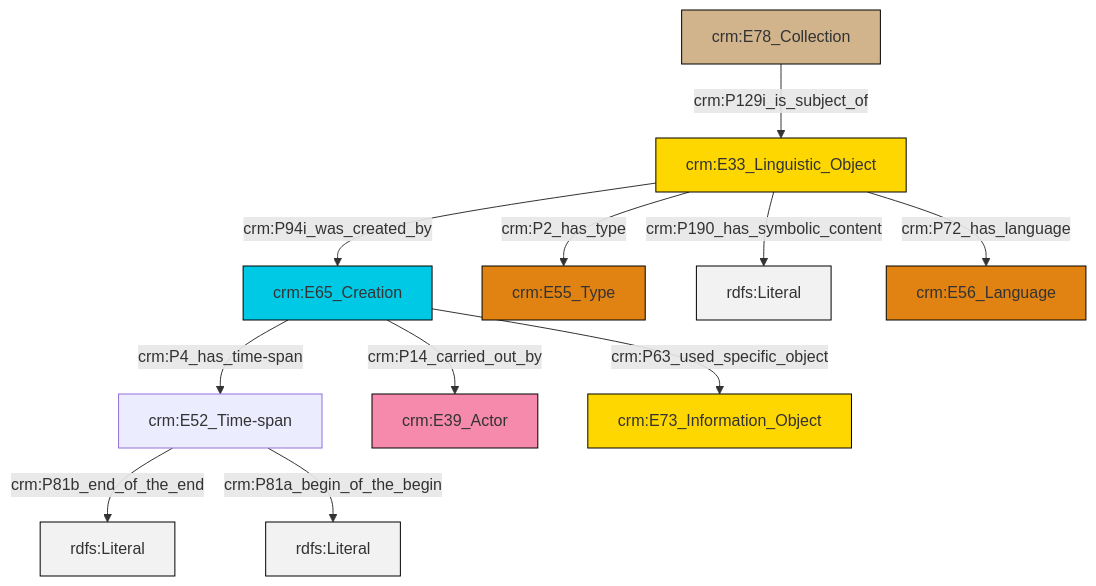
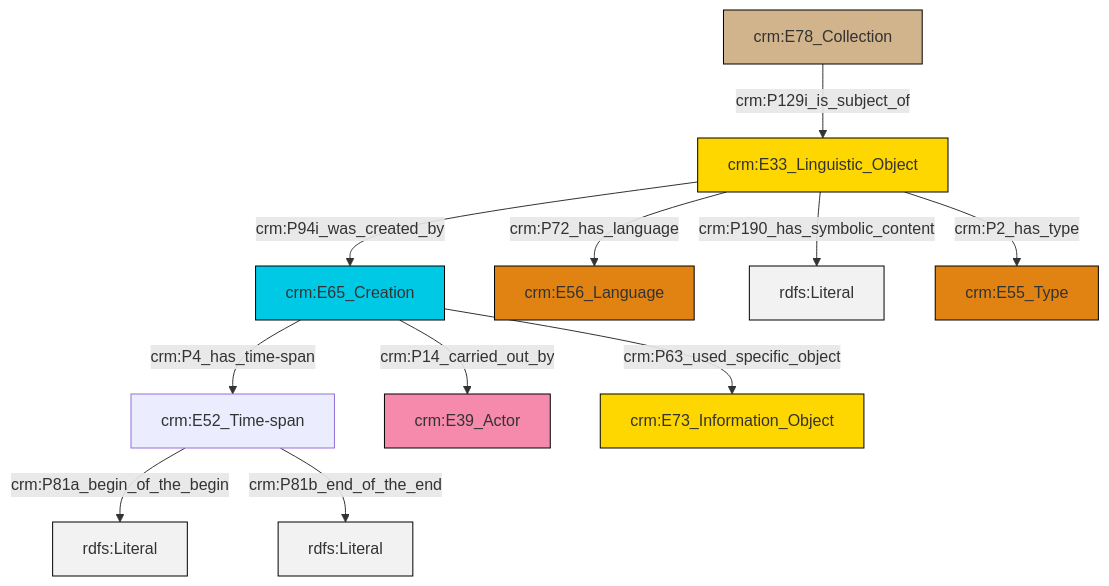
Before and after one commit to swiss-art-research-net/docs.swissartresearch: the diagram in et/archivalCSV/ttl/mmd/archival_desc.ttl.mmd, drawn with Mermaid. The commit also changed 178 other files, not shown here.

```diff
--- a/et/archivalCSV/ttl/mmd/archival_desc.ttl.mmd
+++ b/et/archivalCSV/ttl/mmd/archival_desc.ttl.mmd
@@ -1,25 +1,25 @@
 graph TD
 classDef Literal fill:#f2f2f2,stroke:#000000;
 classDef CRM_Entity fill:#FFFFFF,stroke:#000000;
 classDef Temporal_Entity fill:#00C9E6, stroke:#000000;
 classDef Type fill:#E18312, stroke:#000000;
 classDef Time-Span fill:#2C9C91, stroke:#000000;
 classDef Appellation fill:#FFEB7F, stroke:#000000;
 classDef Place fill:#008836, stroke:#000000;
 classDef Persistent_Item fill:#B266B2, stroke:#000000;
 classDef Conceptual_Object fill:#FFD700, stroke:#000000;
 classDef Physical_Thing fill:#D2B48C, stroke:#000000;
 classDef Actor fill:#f58aad, stroke:#000000;
 classDef PC_Classes fill:#4ce600, stroke:#000000;
 classDef Multi fill:#cccccc,stroke:#000000;
 
-0["crm:E52_Time-span"]:::Default -->|crm:P81b_end_of_the_end| 1[rdfs:Literal]:::Literal
-2["crm:E33_Linguistic_Object"]:::Conceptual_Object -->|crm:P94i_was_created_by| 3["crm:E65_Creation"]:::Temporal_Entity
-4["crm:E78_Collection"]:::Physical_Thing -->|crm:P129i_is_subject_of| 2["crm:E33_Linguistic_Object"]:::Conceptual_Object
-3["crm:E65_Creation"]:::Temporal_Entity -->|crm:P4_has_time-span| 0["crm:E52_Time-span"]:::Default
-0["crm:E52_Time-span"]:::Default -->|crm:P81a_begin_of_the_begin| 5[rdfs:Literal]:::Literal
-3["crm:E65_Creation"]:::Temporal_Entity -->|crm:P14_carried_out_by| 8["crm:E39_Actor"]:::Actor
-3["crm:E65_Creation"]:::Temporal_Entity -->|crm:P63_used_specific_object| 11["crm:E73_Information_Object"]:::Conceptual_Object
-2["crm:E33_Linguistic_Object"]:::Conceptual_Object -->|crm:P190_has_symbolic_content| 13[rdfs:Literal]:::Literal
-2["crm:E33_Linguistic_Object"]:::Conceptual_Object -->|crm:P72_has_language| 15["crm:E56_Language"]:::Type
-2["crm:E33_Linguistic_Object"]:::Conceptual_Object -->|crm:P2_has_type| 6["crm:E55_Type"]:::Type
+0["crm:E78_Collection"]:::Physical_Thing -->|crm:P129i_is_subject_of| 1["crm:E33_Linguistic_Object"]:::Conceptual_Object
+1["crm:E33_Linguistic_Object"]:::Conceptual_Object -->|crm:P94i_was_created_by| 2["crm:E65_Creation"]:::Temporal_Entity
+1["crm:E33_Linguistic_Object"]:::Conceptual_Object -->|crm:P72_has_language| 5["crm:E56_Language"]:::Type
+6["crm:E52_Time-span"]:::Default -->|crm:P81a_begin_of_the_begin| 7[rdfs:Literal]:::Literal
+2["crm:E65_Creation"]:::Temporal_Entity -->|crm:P63_used_specific_object| 10["crm:E73_Information_Object"]:::Conceptual_Object
+1["crm:E33_Linguistic_Object"]:::Conceptual_Object -->|crm:P190_has_symbolic_content| 11[rdfs:Literal]:::Literal
+1["crm:E33_Linguistic_Object"]:::Conceptual_Object -->|crm:P2_has_type| 13["crm:E55_Type"]:::Type
+6["crm:E52_Time-span"]:::Default -->|crm:P81b_end_of_the_end| 14[rdfs:Literal]:::Literal
+2["crm:E65_Creation"]:::Temporal_Entity -->|crm:P14_carried_out_by| 8["crm:E39_Actor"]:::Actor
+2["crm:E65_Creation"]:::Temporal_Entity -->|crm:P4_has_time-span| 6["crm:E52_Time-span"]:::Default
```
